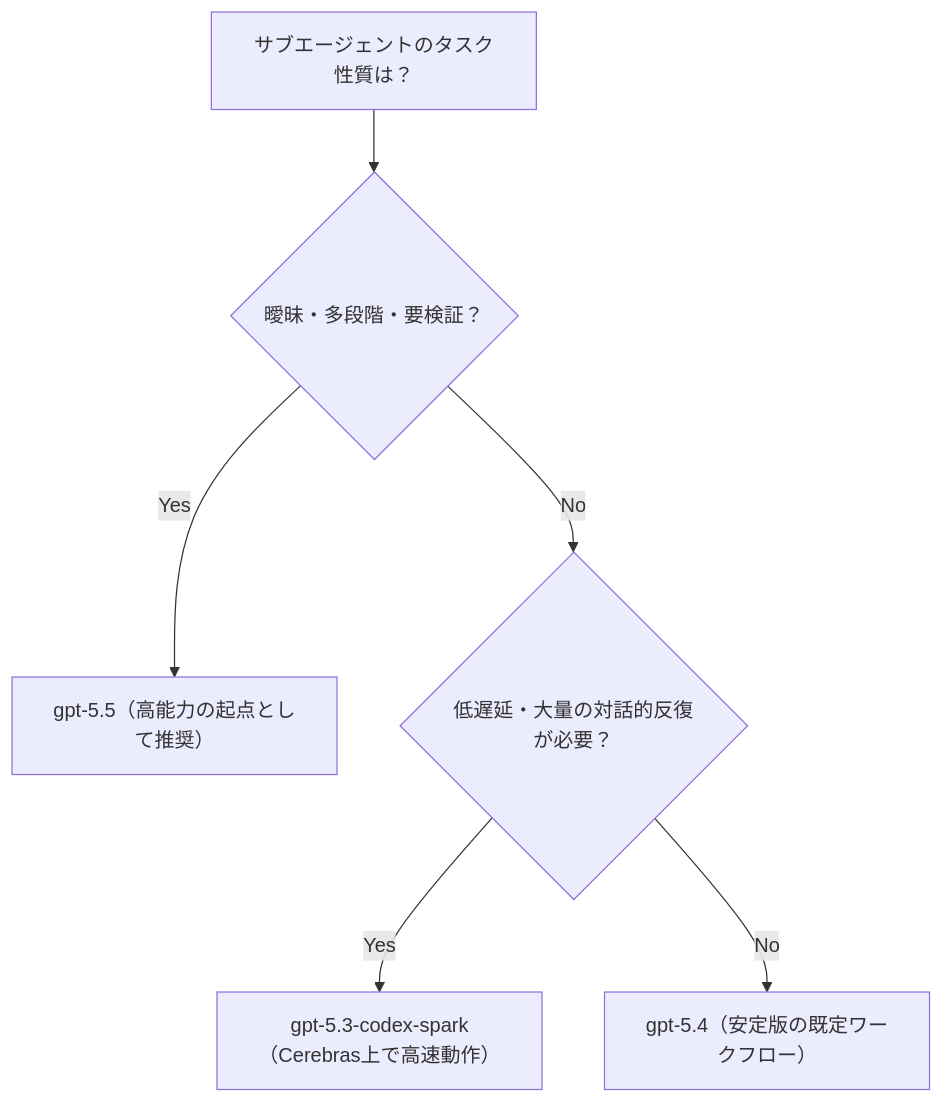
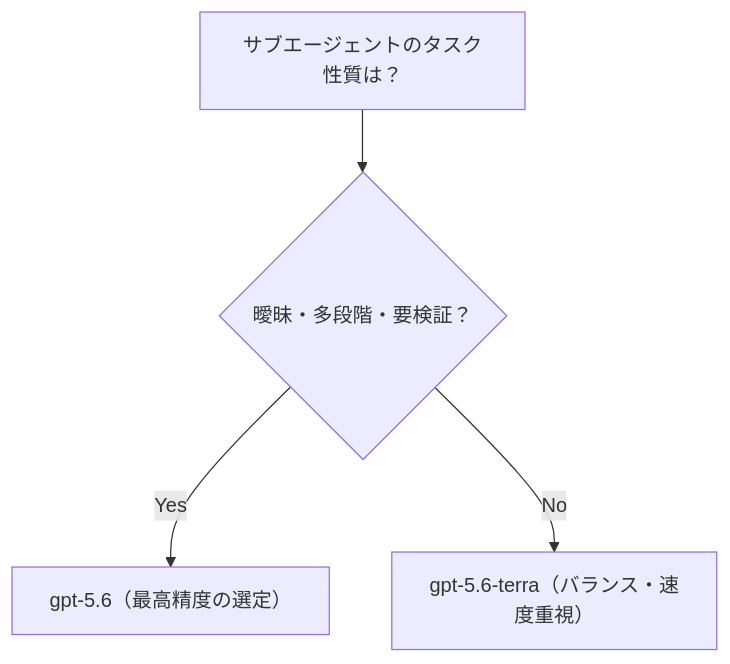
The seventh of 7 diagrams in archive/md/OpenAI/Openai-codex-agents-multiagent-best-practices.md (myoshi2891/Comparison-of-LLMs), drawn with Mermaid before and after one commit. The commit also changed other lines of this file, not shown here.

Commit message:
docs: update OpenAI Codex multi-agent best practices specifications

````diff
--- a/archive/md/OpenAI/Openai-codex-agents-multiagent-best-practices.md
+++ b/archive/md/OpenAI/Openai-codex-agents-multiagent-best-practices.md
@@ -294,8 +295,6 @@
 ```mermaid
 flowchart TB
     A["サブエージェントのタスク性質は？"] --> B{"曖昧・多段階・要検証？"}
-    B -- Yes --> C["gpt-5.5（高能力の起点として推奨）"]
-    B -- No --> D{"低遅延・大量の対話的反復が必要？"}
-    D -- Yes --> E["gpt-5.3-codex-spark（Cerebras上で高速動作）"]
-    D -- No --> F["gpt-5.4（安定版の既定ワークフロー）"]
+    B -- Yes --> C["gpt-5.6（最高精度の選定）"]
+    B -- No --> D["gpt-5.6-terra（バランス・速度重視）"]
 ```
````
